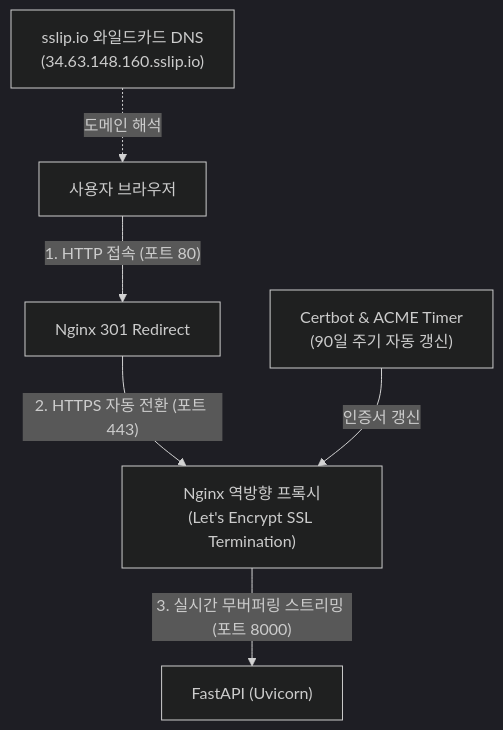
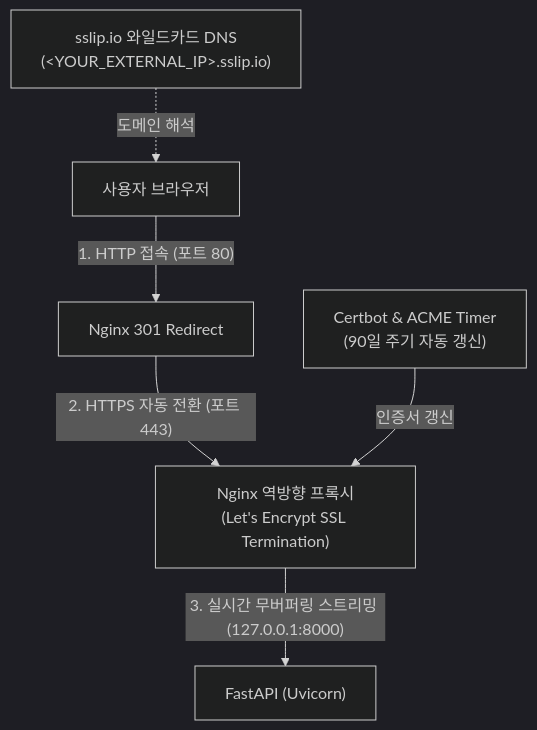
One commit to yungoonkim/gcp-compute-engine-chatbot changed the second of 2 diagrams in README.md. Above: the diagram before and after it, drawn with Mermaid (dark theme). The commit also changed other lines of this file, not shown here.

````diff
--- a/README.md
+++ b/README.md
@@ -69,8 +69,8 @@
 ```mermaid
 flowchart TD
     Browser["사용자 브라우저"] -->|"1. HTTP 접속 (포트 80)"| NginxRedirect["Nginx 301 Redirect"]
     NginxRedirect -->|"2. HTTPS 자동 전환 (포트 443)"| NginxSSL["Nginx 역방향 프록시<br/>(Let's Encrypt SSL Termination)"]
-    DNS["sslip.io 와일드카드 DNS<br/>(34.63.148.160.sslip.io)"] -.->|"도메인 해석"| Browser
+    DNS["sslip.io 와일드카드 DNS<br/>(&lt;YOUR_EXTERNAL_IP&gt;.sslip.io)"] -.->|"도메인 해석"| Browser
     Certbot["Certbot & ACME Timer<br/>(90일 주기 자동 갱신)"] -->|"인증서 갱신"| NginxSSL
-    NginxSSL -->|"3. 실시간 무버퍼링 스트리밍 (포트 8000)"| FastAPI["FastAPI (Uvicorn)"]
+    NginxSSL -->|"3. 실시간 무버퍼링 스트리밍 (127.0.0.1:8000)"| FastAPI["FastAPI (Uvicorn)"]
 ```
````
